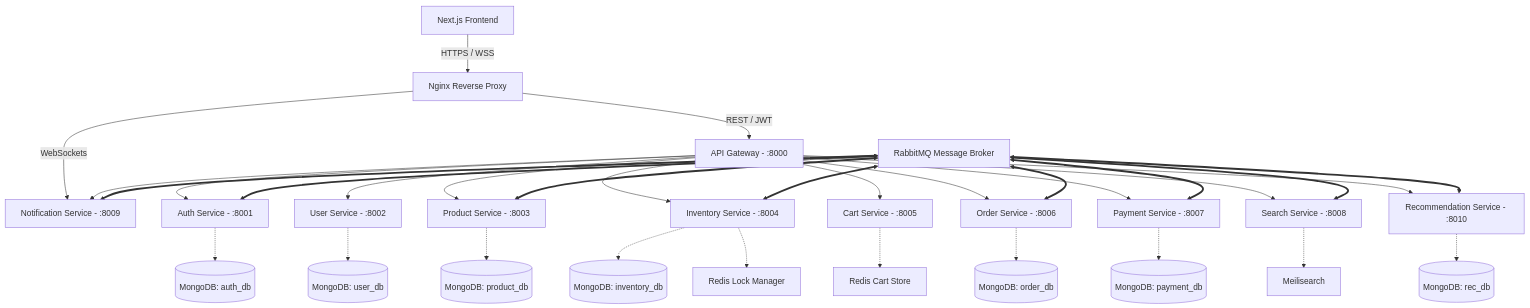
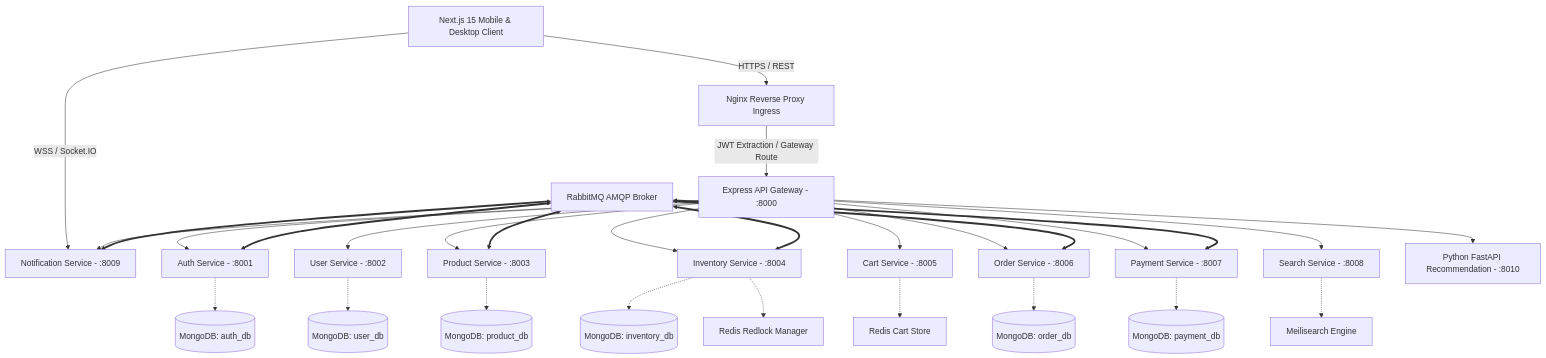
One commit to Nati1-2/Ecommerce changed the diagram in README.md. Above: the diagram before and after it, drawn with Mermaid. The commit also changed other lines of this file, not shown here.

Commit message:
docs: add production-grade recruiter-ready README with architecture diagram, tech stack, and engineering solutions

````diff
--- a/README.md
+++ b/README.md
@@ -23,40 +89,38 @@
 ```mermaid
 graph TD
-    Client[Next.js Frontend] -->|HTTPS / WSS| Nginx[Nginx Reverse Proxy]
-    Nginx -->|REST / JWT| Gateway[API Gateway - :8000]
-    Nginx -->|WebSockets| NotificationService
+    Client[Next.js 15 Mobile & Desktop Client] -->|HTTPS / REST| Nginx[Nginx Reverse Proxy Ingress]
+    Client -->|WSS / Socket.IO| NotificationService
     
-    %% Gateway Routing
+    Nginx -->|JWT Extraction / Gateway Route| Gateway[Express API Gateway - :8000]
+    
+    %% Microservices Routing
     Gateway --> AuthService[Auth Service - :8001]
     Gateway --> UserService[User Service - :8002]
     Gateway --> ProductService[Product Service - :8003]
     Gateway --> InventoryService[Inventory Service - :8004]
     Gateway --> CartService[Cart Service - :8005]
     Gateway --> OrderService[Order Service - :8006]
     Gateway --> PaymentService[Payment Service - :8007]
     Gateway --> SearchService[Search Service - :8008]
     Gateway --> NotificationService[Notification Service - :8009]
-    Gateway --> RecService[Recommendation Service - :8010]
+    Gateway --> RecService[Python FastAPI Recommendation - :8010]
     
-    %% Databases
+    %% Datastores
     AuthService -.-> AuthDB[(MongoDB: auth_db)]
     UserService -.-> UserDB[(MongoDB: user_db)]
     ProductService -.-> ProductDB[(MongoDB: product_db)]
     InventoryService -.-> InvDB[(MongoDB: inventory_db)]
-    InventoryService -.-> RedisLock[Redis Lock Manager]
+    InventoryService -.-> RedisLock[Redis Redlock Manager]
     CartService -.-> RedisCart[Redis Cart Store]
     OrderService -.-> OrderDB[(MongoDB: order_db)]
     PaymentService -.-> PayDB[(MongoDB: payment_db)]
-    SearchService -.-> Meili[Meilisearch]
-    RecService -.-> RecDB[(MongoDB: rec_db)]
+    SearchService -.-> Meili[Meilisearch Engine]
     
-    %% Event Bus (RabbitMQ)
-    RabbitMQ[RabbitMQ Message Broker] <==> AuthService
+    %% Event Bus
+    RabbitMQ[RabbitMQ AMQP Broker] <==> AuthService
     RabbitMQ <==> ProductService
     RabbitMQ <==> InventoryService
     RabbitMQ <==> OrderService
     RabbitMQ <==> PaymentService
-    RabbitMQ <==> SearchService
     RabbitMQ <==> NotificationService
-    RabbitMQ <==> RecService
 ```
````
